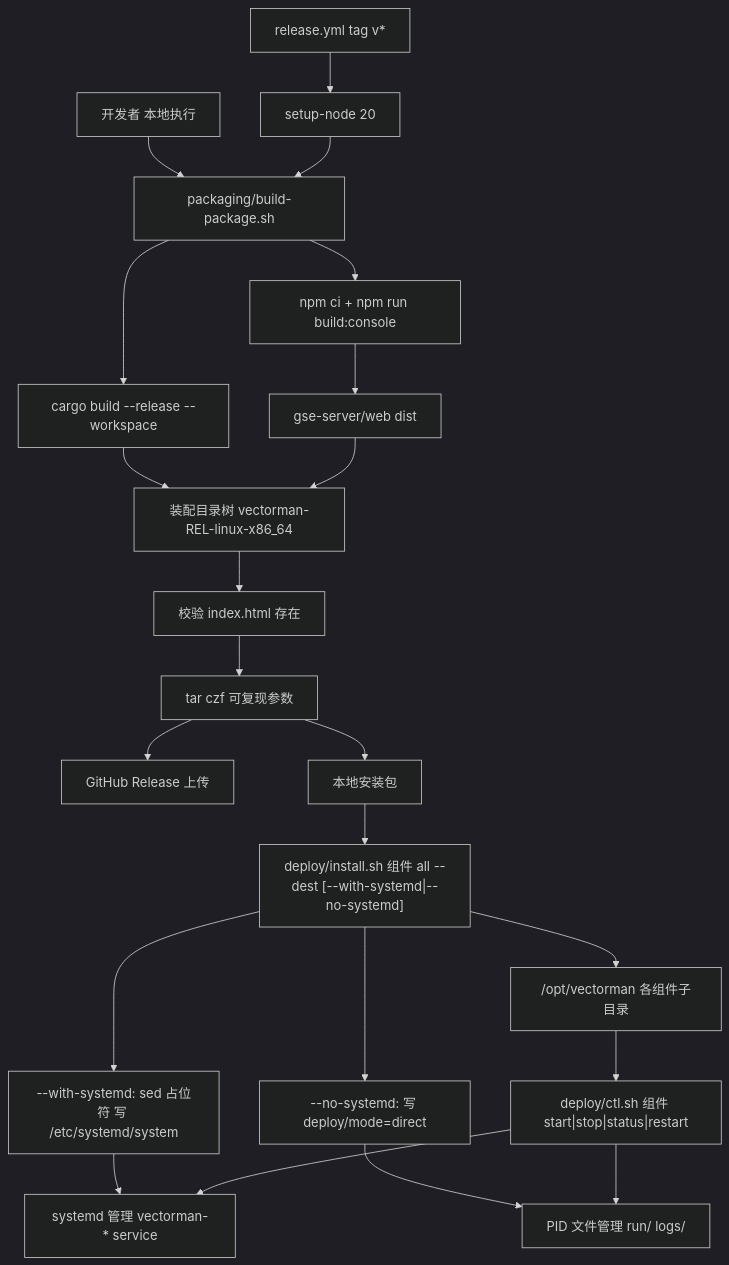
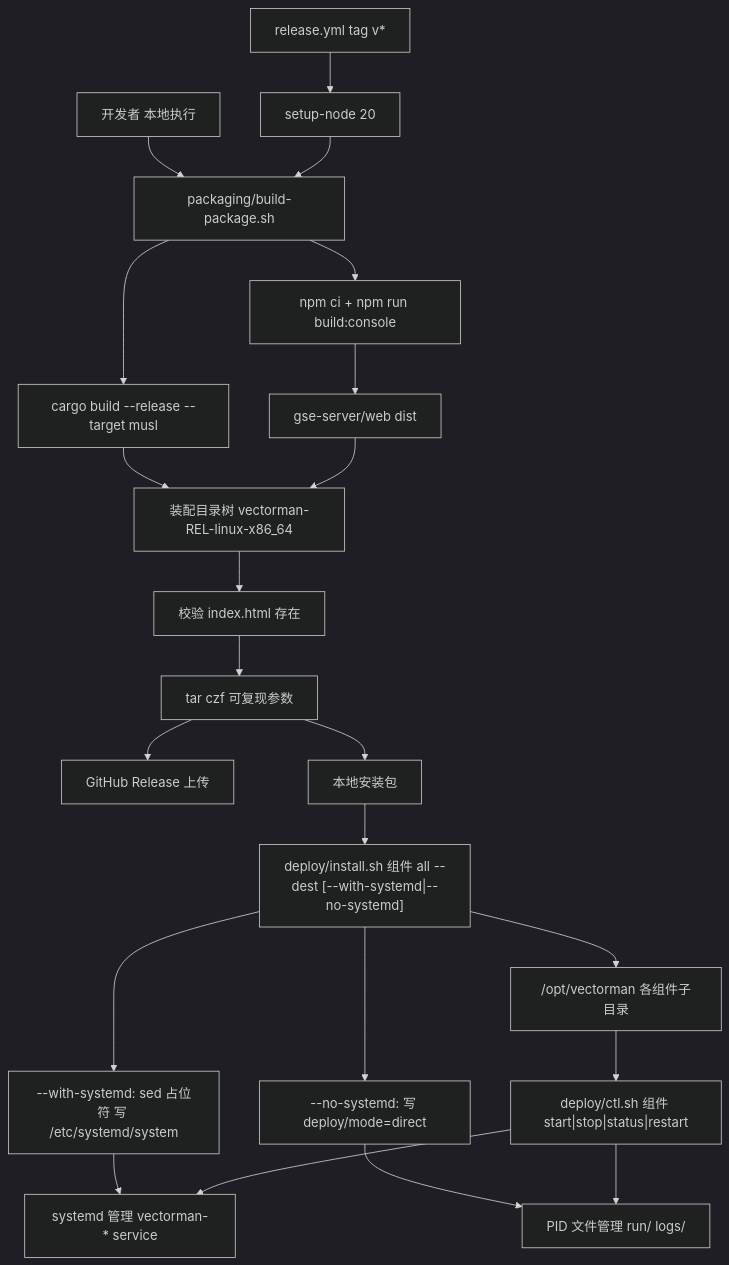
The diagram in .monkeycode/specs/deploy-packaging/design.md (abrance/vectorman), drawn with Mermaid (dark theme) before and after one commit. The commit also changed other lines of this file and 2 other files, not shown here.

First line of the commit message:
feat: 发布包改为 musl 静态链接，兼容 Debian 12 与 Kylin V10

````diff
--- a/.monkeycode/specs/deploy-packaging/design.md
+++ b/.monkeycode/specs/deploy-packaging/design.md
@@ -12,24 +12,24 @@
 ```mermaid
 graph TD
     DEV["开发者 本地执行"] --> BP["packaging/build-package.sh"]
     CI["release.yml tag v*"] --> NODE["setup-node 20"]
     NODE --> BP
-    BP --> CARGO["cargo build --release --workspace"]
+    BP --> CARGO["cargo build --release --target musl"]
     BP --> NPM["npm ci + npm run build:console"]
     CARGO --> TREE["装配目录树 vectorman-REL-linux-x86_64"]
     NPM --> WEBD["gse-server/web dist"]
     WEBD --> TREE
     TREE --> VERIFY["校验 index.html 存在"]
     VERIFY --> TAR["tar czf 可复现参数"]
     TAR --> GH["GitHub Release 上传"]
     TAR --> LOCALPKG["本地安装包"]
     LOCALPKG --> INST["deploy/install.sh 组件 all --dest [--with-systemd|--no-systemd]"]
     INST --> ROOT["/opt/vectorman 各组件子目录"]
     INST --> UNITD["--with-systemd: sed 占位符 写 /etc/systemd/system"]
     INST --> MODE["--no-systemd: 写 deploy/mode=direct"]
     ROOT --> CTL["deploy/ctl.sh 组件 start|stop|status|restart"]
     UNITD --> SYSD["systemd 管理 vectorman-* service"]
     MODE --> DIRECT["PID 文件管理 run/ logs/"]
     CTL --> SYSD
     CTL --> DIRECT
 ```
````
